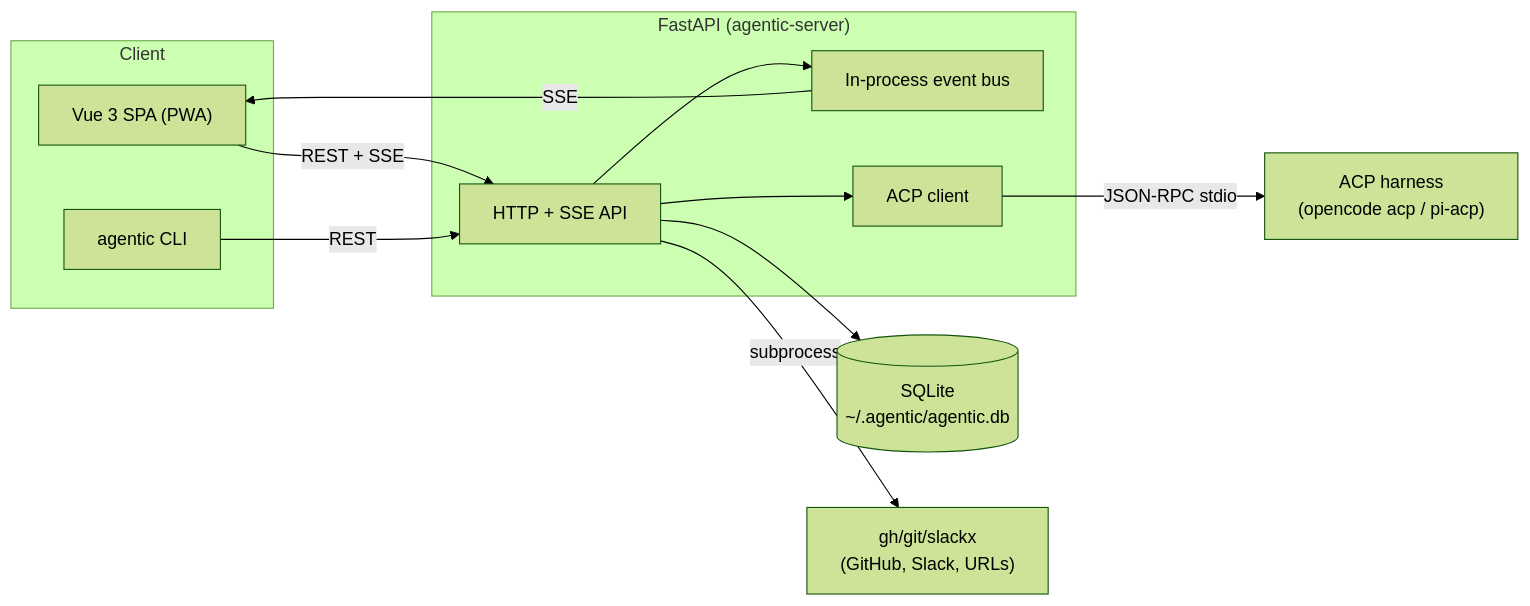
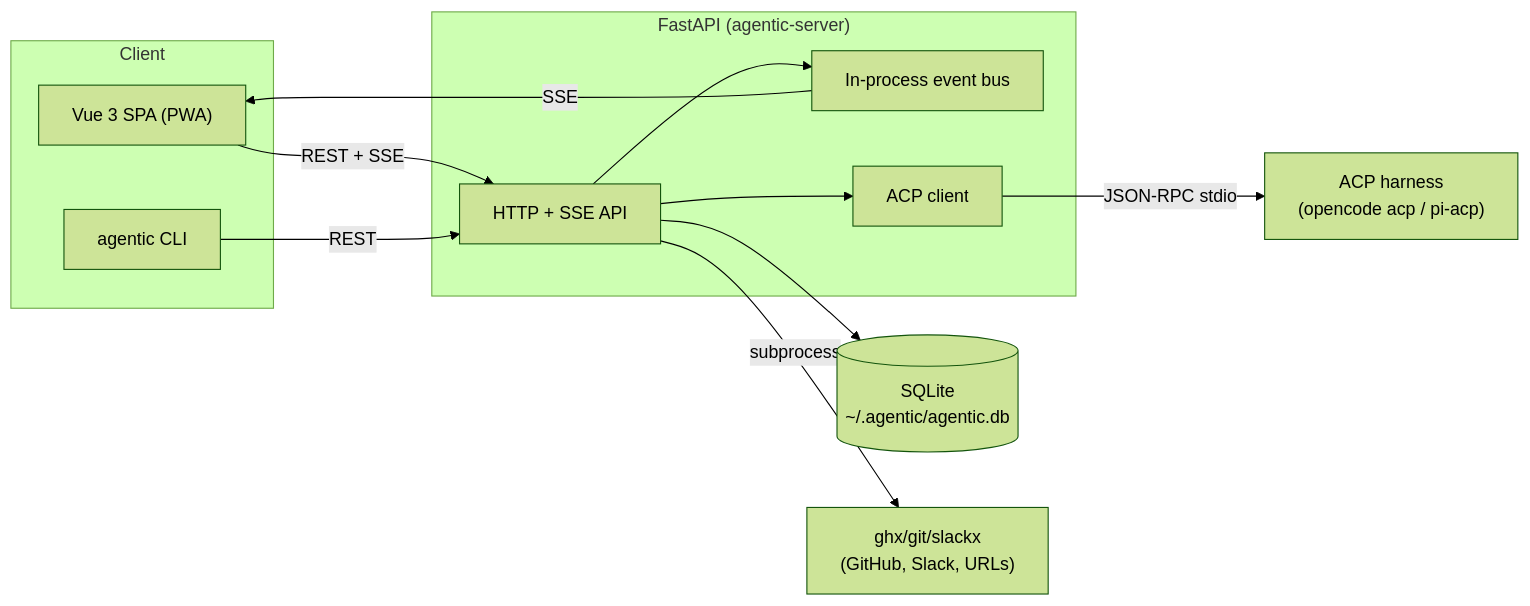
Before and after one commit to TomzxCode/agentic: the first of 2 diagrams in .sdlc/context/architecture.md, drawn with Mermaid (forest theme). The commit also changed 25 other files, not shown here.

````diff
--- a/.sdlc/context/architecture.md
+++ b/.sdlc/context/architecture.md
@@ -9,24 +9,24 @@
 ```mermaid
 flowchart LR
     subgraph Client
         SPA["Vue 3 SPA (PWA)"]
         CLI["agentic CLI"]
     end
     subgraph Backend["FastAPI (agentic-server)"]
         API["HTTP + SSE API"]
         BUS["In-process event bus"]
         ACP["ACP client"]
     end
     DB[("SQLite\n~/.agentic/agentic.db")]
     Harness["ACP harness\n(opencode acp / pi-acp)"]
-    Ext["gh/git/slackx\n(GitHub, Slack, URLs)"]
+    Ext["ghx/git/slackx\n(GitHub, Slack, URLs)"]
 
     SPA -- "REST + SSE" --> API
     CLI -- "REST" --> API
     API --> DB
     API --> BUS
     ACP -- "JSON-RPC stdio" --> Harness
     API --> ACP
     API -- "subprocess" --> Ext
     BUS -- "SSE" --> SPA
 ```
````
